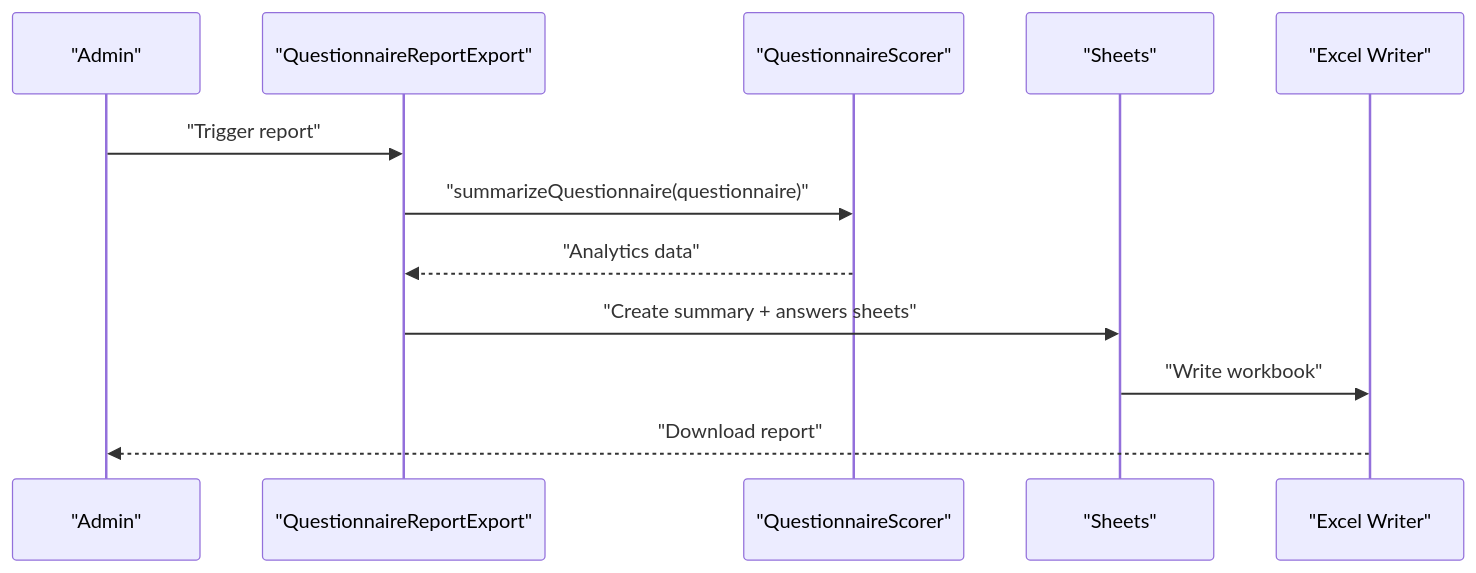
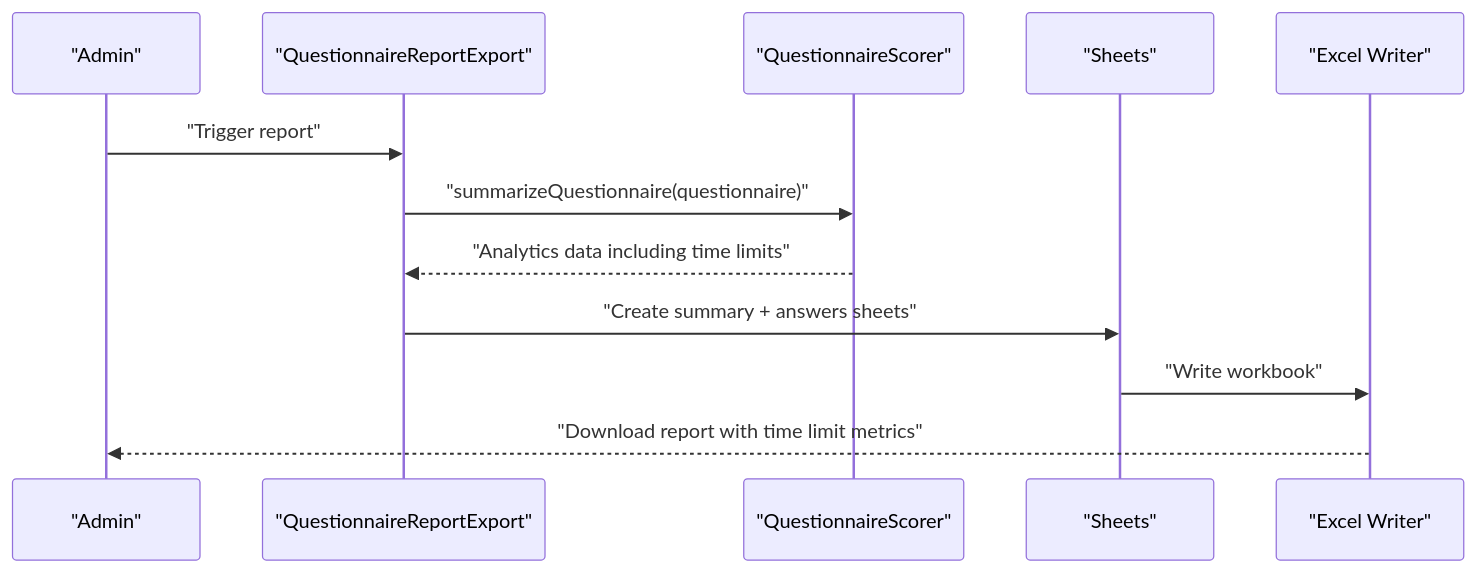
One commit to rudicatsmile/assesment360 changed the seventh of 8 diagrams in .qoder/repowiki/en/content/Core Features/Questionnaire Management/Questionnaire Management.md. Above: the diagram before and after it, drawn with Mermaid. The commit also changed other lines of this file and 6 other files, not shown here.

````diff
--- a/.qoder/repowiki/en/content/Core Features/Questionnaire Management/Questionnaire Management.md
+++ b/.qoder/repowiki/en/content/Core Features/Questionnaire Management/Questionnaire Management.md
@@ -346,14 +494,14 @@
 ```mermaid
 sequenceDiagram
 participant Admin as "Admin"
 participant Export as "QuestionnaireReportExport"
 participant Scorer as "QuestionnaireScorer"
 participant Sheets as "Sheets"
 participant Excel as "Excel Writer"
 Admin->>Export : "Trigger report"
 Export->>Scorer : "summarizeQuestionnaire(questionnaire)"
-Scorer-->>Export : "Analytics data"
+Scorer-->>Export : "Analytics data including time limits"
 Export->>Sheets : "Create summary + answers sheets"
 Sheets->>Excel : "Write workbook"
-Excel-->>Admin : "Download report"
+Excel-->>Admin : "Download report with time limit metrics"
 ```
````
